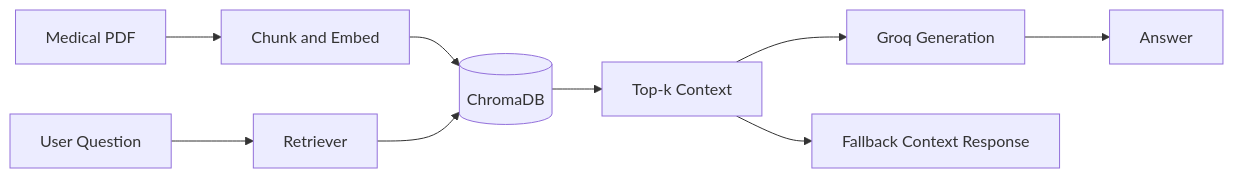
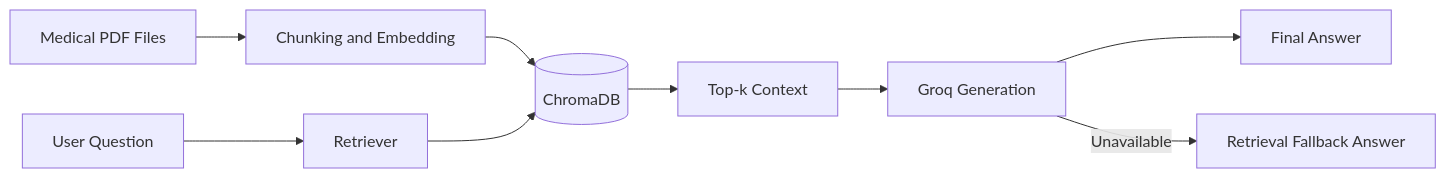
One commit to sillyfellow21/Medical-RAG-Chatbot changed the diagram in README.md. Above: the diagram before and after it, drawn with Mermaid. The commit also changed other lines of this file, not shown here.

````diff
--- a/README.md
+++ b/README.md
@@ -62,11 +47,11 @@
 ```mermaid
 flowchart LR
-    A[Medical PDF] --> B[Chunk and Embed]
+    A[Medical PDF Files] --> B[Chunking and Embedding]
     B --> C[(ChromaDB)]
     Q[User Question] --> R[Retriever]
     R --> C
     C --> K[Top-k Context]
     K --> G[Groq Generation]
-    G --> O[Answer]
-    K --> F[Fallback Context Response]
+    G --> O[Final Answer]
+    G -->|Unavailable| F[Retrieval Fallback Answer]
 ```
````
